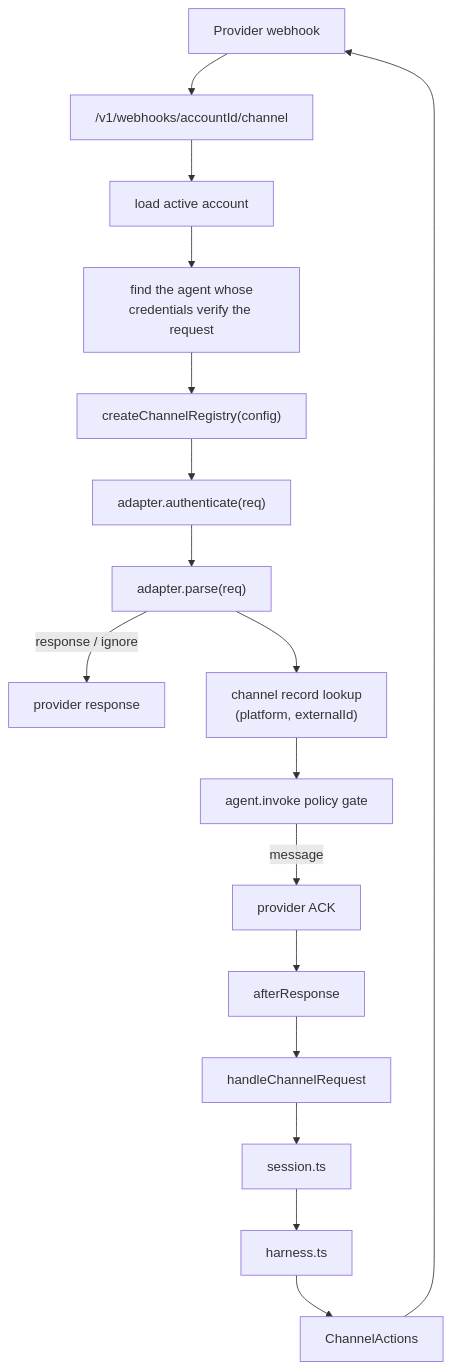
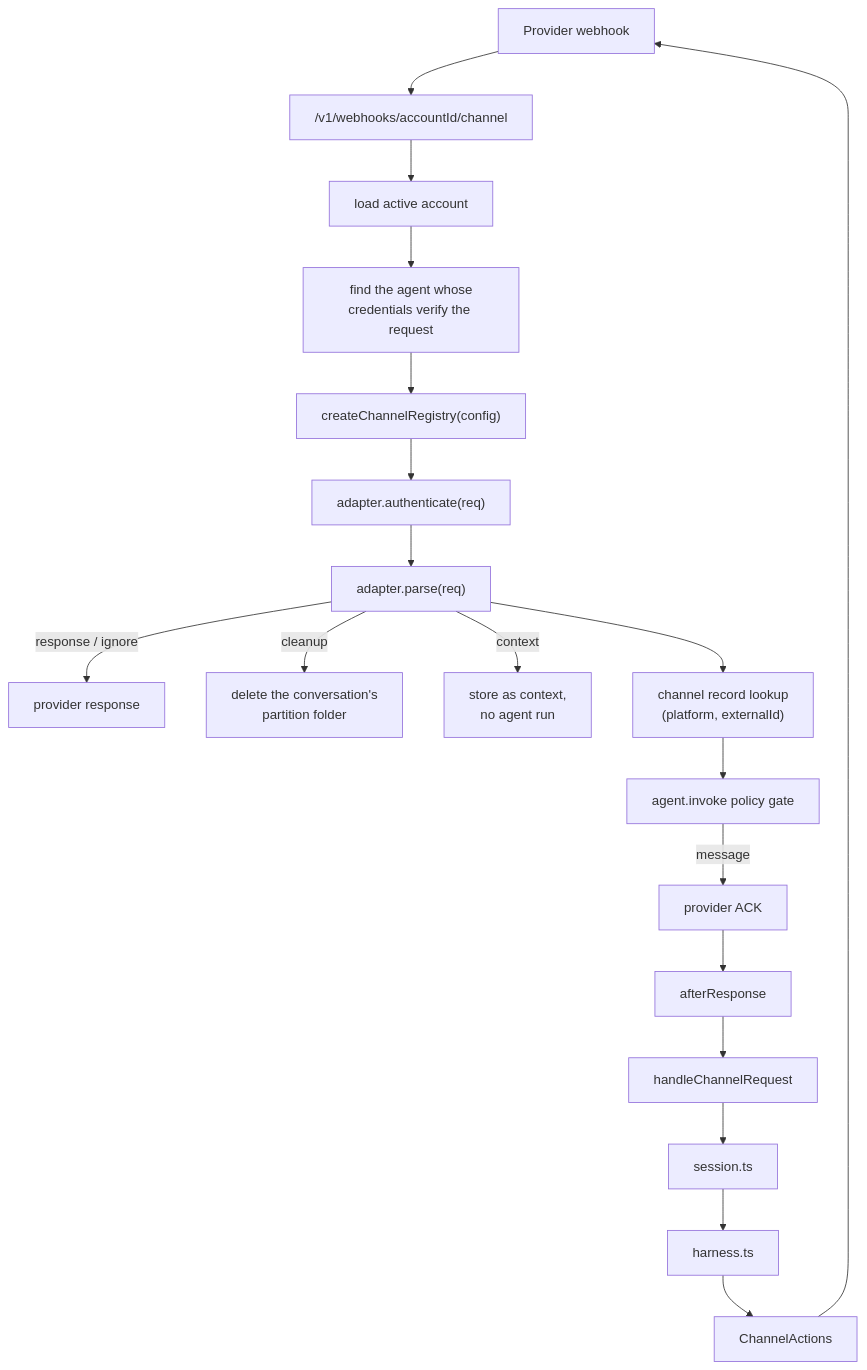
Before and after one commit to beeblastco/broods: the diagram in apps/docs/docs/internals/channels.md, drawn with Mermaid. The commit also changed other lines of this file and 23 other files, not shown here.

First line of the commit message:
docs(internals): rewrite architecture and developer docs from current code

````diff
--- a/apps/docs/docs/internals/channels.md
+++ b/apps/docs/docs/internals/channels.md
@@ -21,19 +24,21 @@
 ```mermaid
 flowchart TD
   Provider["Provider webhook"] --> Url["/v1/webhooks/accountId/channel"]
   Url --> Account["load active account"]
   Account --> Agent["find the agent whose<br/>credentials verify the request"]
   Agent --> Registry["createChannelRegistry(config)"]
   Registry --> Auth["adapter.authenticate(req)"]
   Auth --> Parse["adapter.parse(req)"]
   Parse -->|"response / ignore"| Early["provider response"]
+  Parse -->|"cleanup"| Cleanup["delete the conversation's<br/>partition folder"]
+  Parse -->|"context"| Context["store as context,<br/>no agent run"]
   Parse --> Record["channel record lookup<br/>(platform, externalId)"]
   Record --> Gate["agent.invoke policy gate"]
   Gate -->|"message"| Ack["provider ACK"]
   Ack --> After["afterResponse"]
   After --> Handler["handleChannelRequest"]
   Handler --> Session["session.ts"]
   Session --> Harness["harness.ts"]
   Harness --> Actions["ChannelActions"]
   Actions --> Provider
 ```
````
